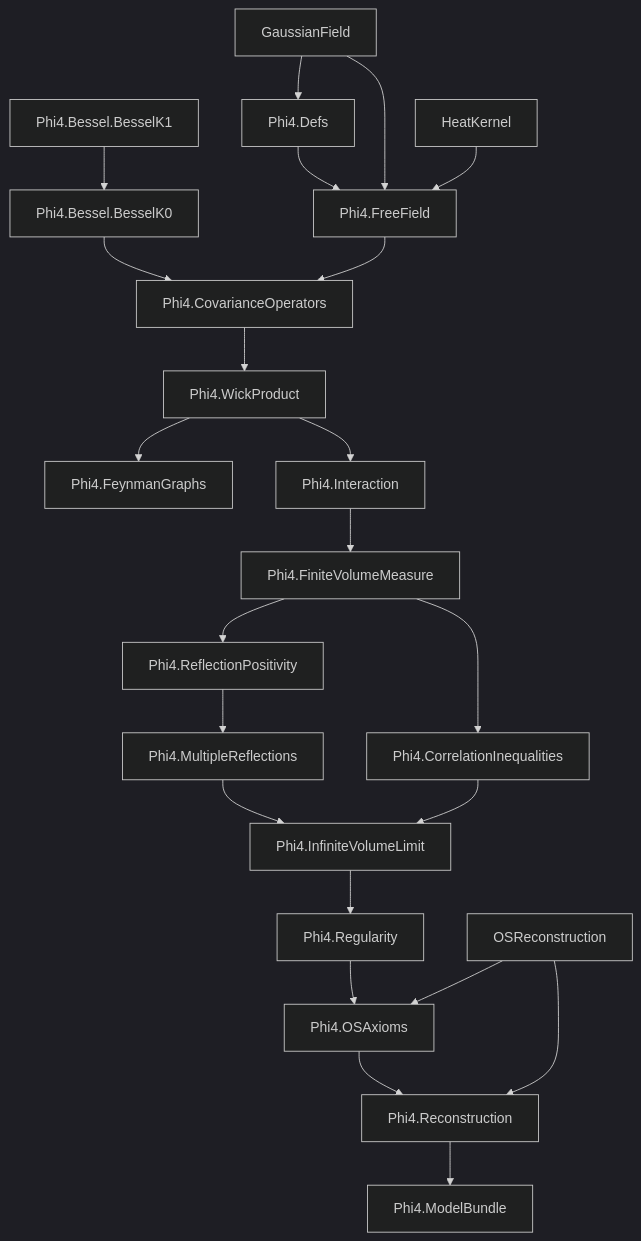
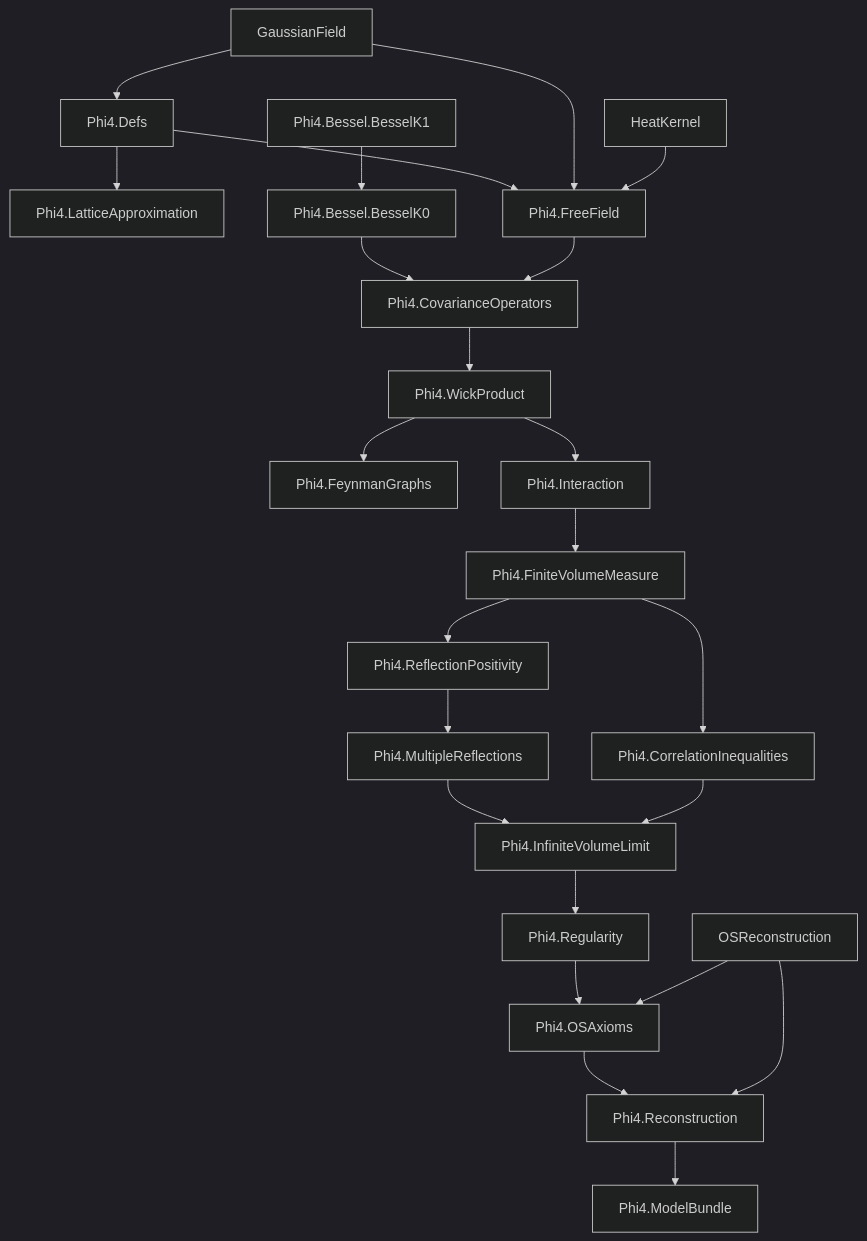
Before and after one commit to xiyin137/Phi4: the first of 2 diagrams in README.md, drawn with Mermaid (dark theme). The commit also changed other lines of this file and 1 other file, not shown here.

Commit message:
Update docs for lattice framework and split OS interfaces

````diff
--- a/README.md
+++ b/README.md
@@ -29,40 +29,42 @@
 ```mermaid
 flowchart TD
   Defs[Phi4.Defs]
+  Lattice[Phi4.LatticeApproximation]
   FreeField[Phi4.FreeField]
   BesselK1[Phi4.Bessel.BesselK1]
   BesselK0[Phi4.Bessel.BesselK0]
   CovOps[Phi4.CovarianceOperators]
   Wick[Phi4.WickProduct]
   Graphs[Phi4.FeynmanGraphs]
   Interaction[Phi4.Interaction]
   FVM[Phi4.FiniteVolumeMeasure]
   Corr[Phi4.CorrelationInequalities]
   RP[Phi4.ReflectionPositivity]
   MultiRef[Phi4.MultipleReflections]
   InfVol[Phi4.InfiniteVolumeLimit]
   Reg[Phi4.Regularity]
   OSAx[Phi4.OSAxioms]
   Recon[Phi4.Reconstruction]
   Bundle[Phi4.ModelBundle]
 
   GaussianField[GaussianField]
   HeatKernel[HeatKernel]
   OSRec[OSReconstruction]
 
+  Defs --> Lattice
   Defs --> FreeField
   BesselK1 --> BesselK0 --> CovOps
   FreeField --> CovOps --> Wick
   Wick --> Graphs
   Wick --> Interaction --> FVM
   FVM --> Corr
   FVM --> RP --> MultiRef --> InfVol
   Corr --> InfVol
   InfVol --> Reg --> OSAx --> Recon --> Bundle
 
   GaussianField --> Defs
   GaussianField --> FreeField
   HeatKernel --> FreeField
   OSRec --> OSAx
   OSRec --> Recon
 ```
````
